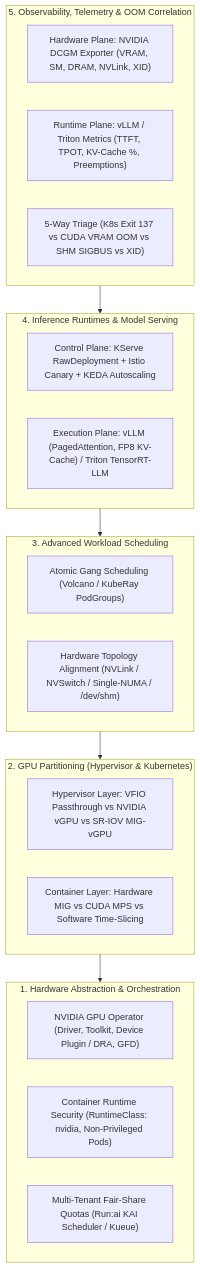
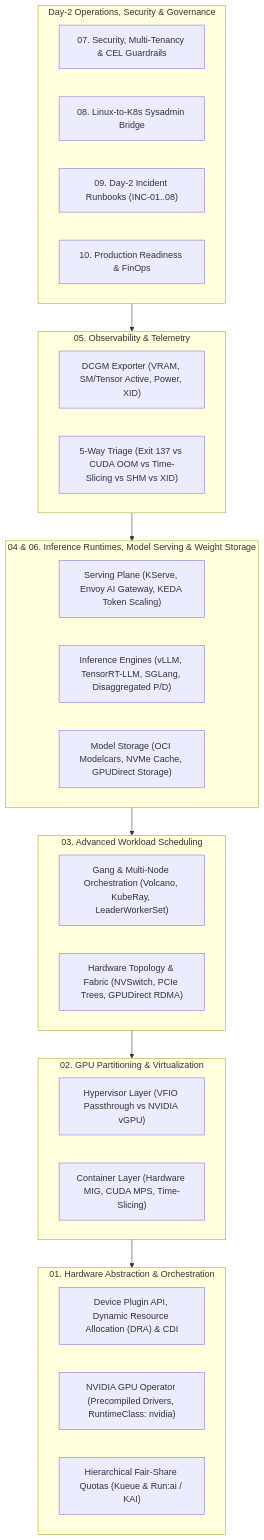
Before and after one commit to xsub/AiOps_on_K8S_Fundamentals_n_Practicies: the diagram in docs/00-aiops-on-k8s-foundations-and-practices.md, drawn with Mermaid. The commit also changed other lines of this file and 20 other files, not shown here.

````diff
--- a/docs/00-aiops-on-k8s-foundations-and-practices.md
+++ b/docs/00-aiops-on-k8s-foundations-and-practices.md
@@ -11,31 +9,38 @@
 ```mermaid
 flowchart TB
-    subgraph L5["5. Observability, Telemetry & OOM Correlation"]
-        DCGM["Hardware Plane: NVIDIA DCGM Exporter (VRAM, SM, DRAM, NVLink, XID)"]
-        RuntimeMetrics["Runtime Plane: vLLM / Triton Metrics (TTFT, TPOT, KV-Cache %, Preemptions)"]
-        OOM["5-Way Triage (K8s Exit 137 vs CUDA VRAM OOM vs SHM SIGBUS vs XID)"]
+    subgraph Ops["Day-2 Operations, Security & Governance"]
+        Sec["07. Security, Multi-Tenancy & CEL Guardrails"]
+        Bridge["08. Linux-to-K8s Sysadmin Bridge"]
+        Runbooks["09. Day-2 Incident Runbooks (INC-01..08)"]
+        Checklist["10. Production Readiness & FinOps"]
     end
 
-    subgraph L4["4. Inference Runtimes & Model Serving"]
-        KServe["Control Plane: KServe RawDeployment + Istio Canary + KEDA Autoscaling"]
-        vLLM["Execution Plane: vLLM (PagedAttention, FP8 KV-Cache) / Triton TensorRT-LLM"]
+    subgraph L5["05. Observability & Telemetry"]
+        DCGM["DCGM Exporter (VRAM, SM/Tensor Active, Power, XID)"]
+        OOM["5-Way Triage (Exit 137 vs CUDA OOM vs Time-Slicing vs SHM vs XID)"]
     end
 
-    subgraph L3["3. Advanced Workload Scheduling"]
-        Gang["Atomic Gang Scheduling (Volcano / KubeRay PodGroups)"]
-        Topo["Hardware Topology Alignment (NVLink / NVSwitch / Single-NUMA / /dev/shm)"]
+    subgraph L4["04 & 06. Inference Runtimes, Model Serving & Weight Storage"]
+        Serve["Serving Plane (KServe, Envoy AI Gateway, KEDA Token Scaling)"]
+        Engine["Inference Engines (vLLM, TensorRT-LLM, SGLang, Disaggregated P/D)"]
+        Store["Model Storage (OCI Modelcars, NVMe Cache, GPUDirect Storage)"]
     end
 
-    subgraph L2["2. GPU Partitioning (Hypervisor & Kubernetes)"]
-        Hyp["Hypervisor Layer: VFIO Passthrough vs NVIDIA vGPU vs SR-IOV MIG-vGPU"]
-        K8sShare["Container Layer: Hardware MIG vs CUDA MPS vs Software Time-Slicing"]
+    subgraph L3["03. Advanced Workload Scheduling"]
+        Gang["Gang & Multi-Node Orchestration (Volcano, KubeRay, LeaderWorkerSet)"]
+        Topo["Hardware Topology & Fabric (NVSwitch, PCIe Trees, GPUDirect RDMA)"]
     end
 
-    subgraph L1["1. Hardware Abstraction & Orchestration"]
-        Op["NVIDIA GPU Operator (Driver, Toolkit, Device Plugin / DRA, GFD)"]
-        RT["Container Runtime Security (RuntimeClass: nvidia, Non-Privileged Pods)"]
-        Quota["Multi-Tenant Fair-Share Quotas (Run:ai KAI Scheduler / Kueue)"]
+    subgraph L2["02. GPU Partitioning & Virtualization"]
+        VM["Hypervisor Layer (VFIO Passthrough vs NVIDIA vGPU)"]
+        Slice["Container Layer (Hardware MIG, CUDA MPS, Time-Slicing)"]
     end
 
-    L5 --> L4 --> L3 --> L2 --> L1
+    subgraph L1["01. Hardware Abstraction & Orchestration"]
+        DRA["Device Plugin API, Dynamic Resource Allocation (DRA) & CDI"]
+        Op["NVIDIA GPU Operator (Precompiled Drivers, RuntimeClass: nvidia)"]
+        Quota["Hierarchical Fair-Share Quotas (Kueue & Run:ai / KAI)"]
+    end
+
+    Ops --> L5 --> L4 --> L3 --> L2 --> L1
 ```
````
